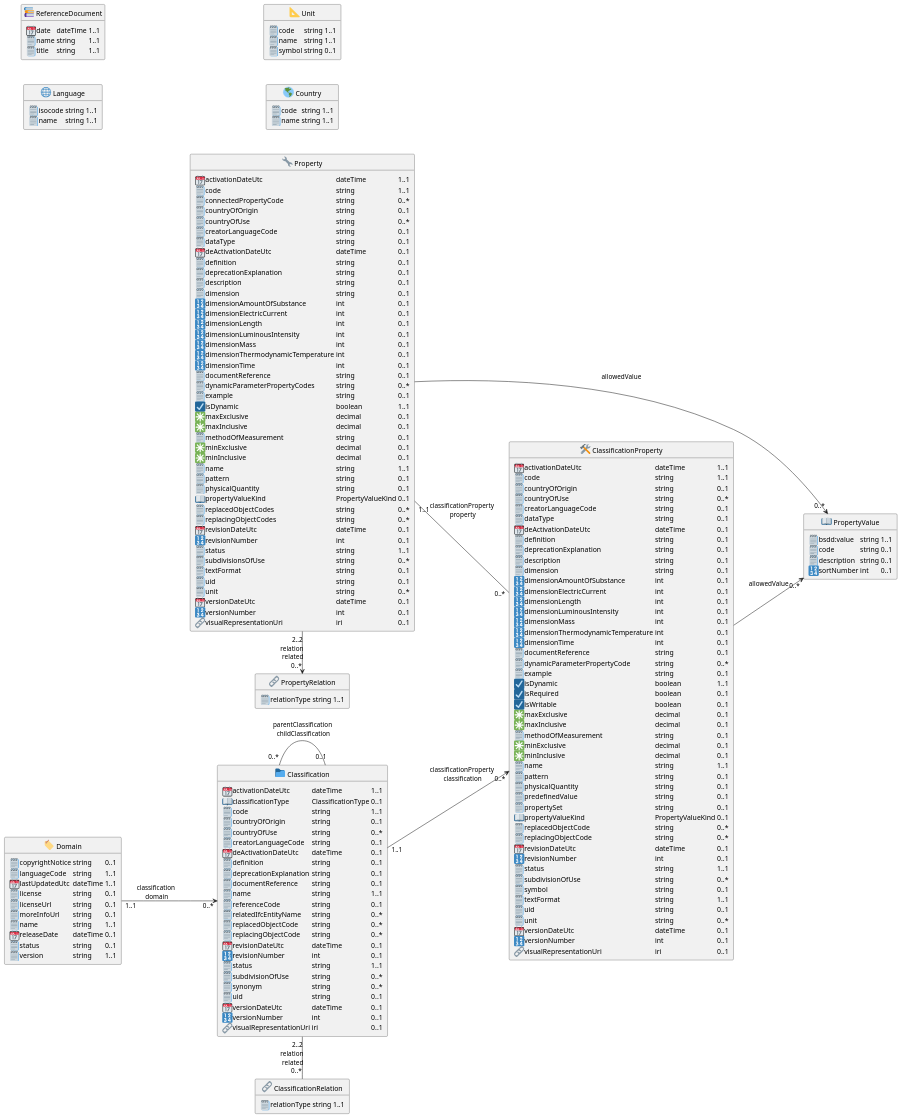
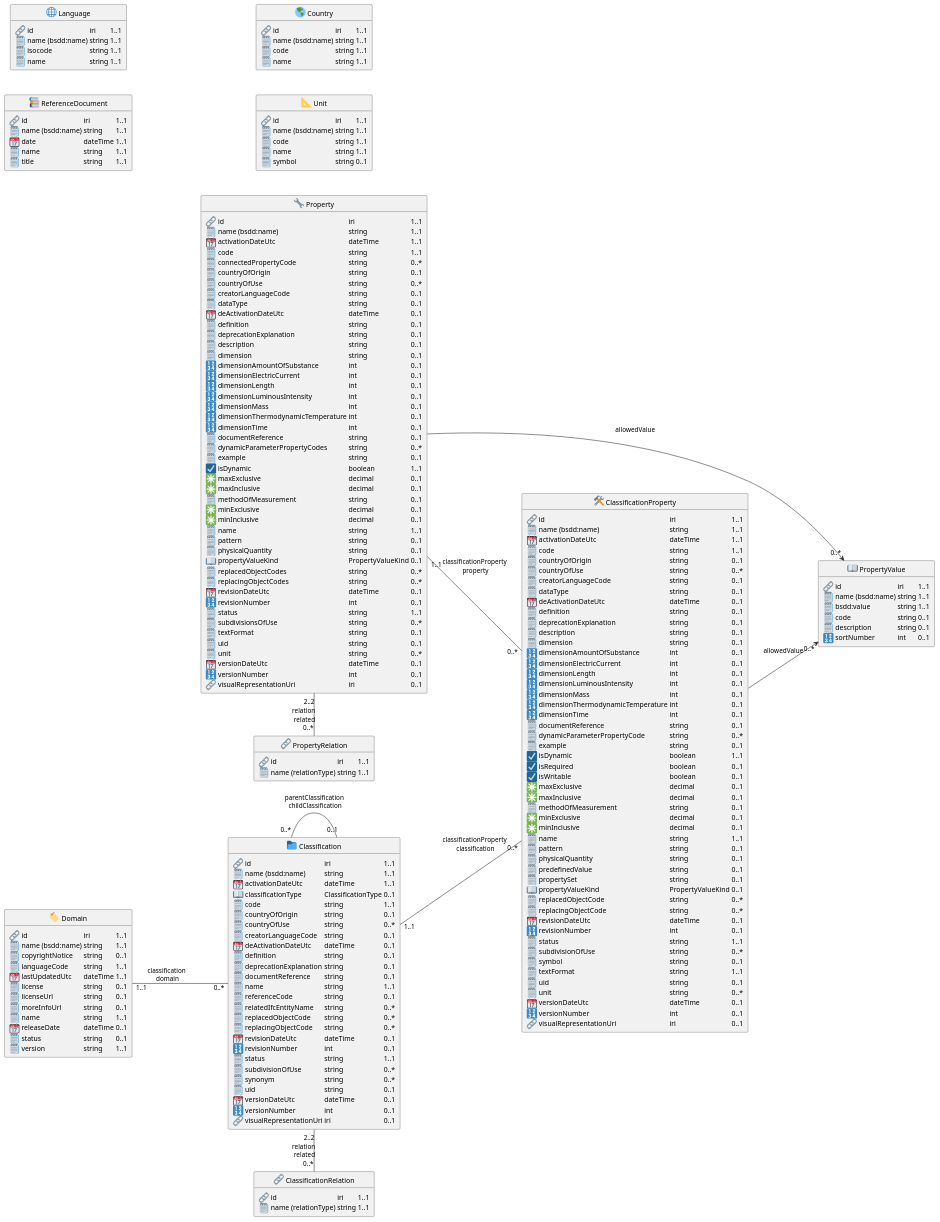
Before and after one commit to VladimirAlexiev/soml: the diagram in soml2puml/img/bsdd-graphql-soml-diagram.puml, drawn with PlantUML. The commit also changed 13 other files, not shown here.

Commit message:
add `iri, name`. trial layouters: smetana, vizjs, elk

```diff
--- a/soml2puml/img/bsdd-graphql-soml-diagram.puml
+++ b/soml2puml/img/bsdd-graphql-soml-diagram.puml
@@ -4,187 +4,207 @@
 left to right direction
 skinparam nodesep 50
 
-class "<:books:> ReferenceDocument" as ReferenceDocument {
-<#transparent,#transparent>|<:calendar:>|date| dateTime| 1..1|
-|<:spiral_notepad:>|name| string| 1..1|
-|<:spiral_notepad:>|title| string| 1..1|
+class "<:globe_with_meridians:> Language" as Language {
+<#transparent,#transparent>|<:link:>| id| iri| 1..1|
+|<:spiral_notepad:>| name (bsdd:name)| string| 1..1|
+|<:spiral_notepad:>| isocode| string| 1..1|
+|<:spiral_notepad:>| name| string| 1..1|
 }
 
-class "<:globe_with_meridians:> Language" as Language {
-<#transparent,#transparent>|<:spiral_notepad:>|isocode| string| 1..1|
-|<:spiral_notepad:>|name| string| 1..1|
+class "<:books:> ReferenceDocument" as ReferenceDocument {
+<#transparent,#transparent>|<:link:>| id| iri| 1..1|
+|<:spiral_notepad:>| name (bsdd:name)| string| 1..1|
+|<:calendar:>| date| dateTime| 1..1|
+|<:spiral_notepad:>| name| string| 1..1|
+|<:spiral_notepad:>| title| string| 1..1|
+}
+
+class "<:earth_americas:> Country" as Country {
+<#transparent,#transparent>|<:link:>| id| iri| 1..1|
+|<:spiral_notepad:>| name (bsdd:name)| string| 1..1|
+|<:spiral_notepad:>| code| string| 1..1|
+|<:spiral_notepad:>| name| string| 1..1|
 }
 
 class "<:triangular_ruler:> Unit" as Unit {
-<#transparent,#transparent>|<:spiral_notepad:>|code| string| 1..1|
-|<:spiral_notepad:>|name| string| 1..1|
-|<:spiral_notepad:>|symbol| string| 0..1|
-}
-
-class "<:earth_americas:> Country" as Country {
-<#transparent,#transparent>|<:spiral_notepad:>|code| string| 1..1|
-|<:spiral_notepad:>|name| string| 1..1|
+<#transparent,#transparent>|<:link:>| id| iri| 1..1|
+|<:spiral_notepad:>| name (bsdd:name)| string| 1..1|
+|<:spiral_notepad:>| code| string| 1..1|
+|<:spiral_notepad:>| name| string| 1..1|
+|<:spiral_notepad:>| symbol| string| 0..1|
 }
 
 class "<:label:> Domain" as Domain {
-<#transparent,#transparent>|<:spiral_notepad:>|copyrightNotice| string| 0..1|
-|<:spiral_notepad:>|languageCode| string| 1..1|
-|<:calendar:>|lastUpdatedUtc| dateTime| 1..1|
-|<:spiral_notepad:>|license| string| 0..1|
-|<:spiral_notepad:>|licenseUrl| string| 0..1|
-|<:spiral_notepad:>|moreInfoUrl| string| 0..1|
-|<:spiral_notepad:>|name| string| 1..1|
-|<:calendar:>|releaseDate| dateTime| 0..1|
-|<:spiral_notepad:>|status| string| 0..1|
-|<:spiral_notepad:>|version| string| 1..1|
+<#transparent,#transparent>|<:link:>| id| iri| 1..1|
+|<:spiral_notepad:>| name (bsdd:name)| string| 1..1|
+|<:spiral_notepad:>| copyrightNotice| string| 0..1|
+|<:spiral_notepad:>| languageCode| string| 1..1|
+|<:calendar:>| lastUpdatedUtc| dateTime| 1..1|
+|<:spiral_notepad:>| license| string| 0..1|
+|<:spiral_notepad:>| licenseUrl| string| 0..1|
+|<:spiral_notepad:>| moreInfoUrl| string| 0..1|
+|<:spiral_notepad:>| name| string| 1..1|
+|<:calendar:>| releaseDate| dateTime| 0..1|
+|<:spiral_notepad:>| status| string| 0..1|
+|<:spiral_notepad:>| version| string| 1..1|
+}
+
+class "<:wrench:> Property" as Property {
+<#transparent,#transparent>|<:link:>| id| iri| 1..1|
+|<:spiral_notepad:>| name (bsdd:name)| string| 1..1|
+|<:calendar:>| activationDateUtc| dateTime| 1..1|
+|<:spiral_notepad:>| code| string| 1..1|
+|<:spiral_notepad:>| connectedPropertyCode| string| 0..*|
+|<:spiral_notepad:>| countryOfOrigin| string| 0..1|
+|<:spiral_notepad:>| countryOfUse| string| 0..*|
+|<:spiral_notepad:>| creatorLanguageCode| string| 0..1|
+|<:spiral_notepad:>| dataType| string| 0..1|
+|<:calendar:>| deActivationDateUtc| dateTime| 0..1|
+|<:spiral_notepad:>| definition| string| 0..1|
+|<:spiral_notepad:>| deprecationExplanation| string| 0..1|
+|<:spiral_notepad:>| description| string| 0..1|
+|<:spiral_notepad:>| dimension| string| 0..1|
+|<:1234:>| dimensionAmountOfSubstance| int| 0..1|
+|<:1234:>| dimensionElectricCurrent| int| 0..1|
+|<:1234:>| dimensionLength| int| 0..1|
+|<:1234:>| dimensionLuminousIntensity| int| 0..1|
+|<:1234:>| dimensionMass| int| 0..1|
+|<:1234:>| dimensionThermodynamicTemperature| int| 0..1|
+|<:1234:>| dimensionTime| int| 0..1|
+|<:spiral_notepad:>| documentReference| string| 0..1|
+|<:spiral_notepad:>| dynamicParameterPropertyCodes| string| 0..*|
+|<:spiral_notepad:>| example| string| 0..1|
+|<:ballot_box_with_check:>| isDynamic| boolean| 1..1|
+|<:eight_spoked_asterisk:>| maxExclusive| decimal| 0..1|
+|<:eight_spoked_asterisk:>| maxInclusive| decimal| 0..1|
+|<:spiral_notepad:>| methodOfMeasurement| string| 0..1|
+|<:eight_spoked_asterisk:>| minExclusive| decimal| 0..1|
+|<:eight_spoked_asterisk:>| minInclusive| decimal| 0..1|
+|<:spiral_notepad:>| name| string| 1..1|
+|<:spiral_notepad:>| pattern| string| 0..1|
+|<:spiral_notepad:>| physicalQuantity| string| 0..1|
+|<:book:>| propertyValueKind| PropertyValueKind| 0..1|
+|<:spiral_notepad:>| replacedObjectCodes| string| 0..*|
+|<:spiral_notepad:>| replacingObjectCodes| string| 0..*|
+|<:calendar:>| revisionDateUtc| dateTime| 0..1|
+|<:1234:>| revisionNumber| int| 0..1|
+|<:spiral_notepad:>| status| string| 1..1|
+|<:spiral_notepad:>| subdivisionsOfUse| string| 0..*|
+|<:spiral_notepad:>| textFormat| string| 0..1|
+|<:spiral_notepad:>| uid| string| 0..1|
+|<:spiral_notepad:>| unit| string| 0..*|
+|<:calendar:>| versionDateUtc| dateTime| 0..1|
+|<:1234:>| versionNumber| int| 0..1|
+|<:link:>| visualRepresentationUri| iri| 0..1|
 }
 
 class "<:file_folder:> Classification" as Classification {
-<#transparent,#transparent>|<:calendar:>|activationDateUtc| dateTime| 1..1|
-|<:book:>|classificationType| ClassificationType| 0..1|
-|<:spiral_notepad:>|code| string| 1..1|
-|<:spiral_notepad:>|countryOfOrigin| string| 0..1|
-|<:spiral_notepad:>|countryOfUse| string| 0..*|
-|<:spiral_notepad:>|creatorLanguageCode| string| 0..1|
-|<:calendar:>|deActivationDateUtc| dateTime| 0..1|
-|<:spiral_notepad:>|definition| string| 0..1|
-|<:spiral_notepad:>|deprecationExplanation| string| 0..1|
-|<:spiral_notepad:>|documentReference| string| 0..1|
-|<:spiral_notepad:>|name| string| 1..1|
-|<:spiral_notepad:>|referenceCode| string| 0..1|
-|<:spiral_notepad:>|relatedIfcEntityName| string| 0..*|
-|<:spiral_notepad:>|replacedObjectCode| string| 0..*|
-|<:spiral_notepad:>|replacingObjectCode| string| 0..*|
-|<:calendar:>|revisionDateUtc| dateTime| 0..1|
-|<:1234:>|revisionNumber| int| 0..1|
-|<:spiral_notepad:>|status| string| 1..1|
-|<:spiral_notepad:>|subdivisionOfUse| string| 0..*|
-|<:spiral_notepad:>|synonym| string| 0..*|
-|<:spiral_notepad:>|uid| string| 0..1|
-|<:calendar:>|versionDateUtc| dateTime| 0..1|
-|<:1234:>|versionNumber| int| 0..1|
-|<:link:>|visualRepresentationUri| iri| 0..1|
-}
-
-class "<:wrench:> Property" as Property {
-<#transparent,#transparent>|<:calendar:>|activationDateUtc| dateTime| 1..1|
-|<:spiral_notepad:>|code| string| 1..1|
-|<:spiral_notepad:>|connectedPropertyCode| string| 0..*|
-|<:spiral_notepad:>|countryOfOrigin| string| 0..1|
-|<:spiral_notepad:>|countryOfUse| string| 0..*|
-|<:spiral_notepad:>|creatorLanguageCode| string| 0..1|
-|<:spiral_notepad:>|dataType| string| 0..1|
-|<:calendar:>|deActivationDateUtc| dateTime| 0..1|
-|<:spiral_notepad:>|definition| string| 0..1|
-|<:spiral_notepad:>|deprecationExplanation| string| 0..1|
-|<:spiral_notepad:>|description| string| 0..1|
-|<:spiral_notepad:>|dimension| string| 0..1|
-|<:1234:>|dimensionAmountOfSubstance| int| 0..1|
-|<:1234:>|dimensionElectricCurrent| int| 0..1|
-|<:1234:>|dimensionLength| int| 0..1|
-|<:1234:>|dimensionLuminousIntensity| int| 0..1|
-|<:1234:>|dimensionMass| int| 0..1|
-|<:1234:>|dimensionThermodynamicTemperature| int| 0..1|
-|<:1234:>|dimensionTime| int| 0..1|
-|<:spiral_notepad:>|documentReference| string| 0..1|
-|<:spiral_notepad:>|dynamicParameterPropertyCodes| string| 0..*|
-|<:spiral_notepad:>|example| string| 0..1|
-|<:ballot_box_with_check:>|isDynamic| boolean| 1..1|
-|<:eight_spoked_asterisk:>|maxExclusive| decimal| 0..1|
-|<:eight_spoked_asterisk:>|maxInclusive| decimal| 0..1|
-|<:spiral_notepad:>|methodOfMeasurement| string| 0..1|
-|<:eight_spoked_asterisk:>|minExclusive| decimal| 0..1|
-|<:eight_spoked_asterisk:>|minInclusive| decimal| 0..1|
-|<:spiral_notepad:>|name| string| 1..1|
-|<:spiral_notepad:>|pattern| string| 0..1|
-|<:spiral_notepad:>|physicalQuantity| string| 0..1|
-|<:book:>|propertyValueKind| PropertyValueKind| 0..1|
-|<:spiral_notepad:>|replacedObjectCodes| string| 0..*|
-|<:spiral_notepad:>|replacingObjectCodes| string| 0..*|
-|<:calendar:>|revisionDateUtc| dateTime| 0..1|
-|<:1234:>|revisionNumber| int| 0..1|
-|<:spiral_notepad:>|status| string| 1..1|
-|<:spiral_notepad:>|subdivisionsOfUse| string| 0..*|
-|<:spiral_notepad:>|textFormat| string| 0..1|
-|<:spiral_notepad:>|uid| string| 0..1|
-|<:spiral_notepad:>|unit| string| 0..*|
-|<:calendar:>|versionDateUtc| dateTime| 0..1|
-|<:1234:>|versionNumber| int| 0..1|
-|<:link:>|visualRepresentationUri| iri| 0..1|
+<#transparent,#transparent>|<:link:>| id| iri| 1..1|
+|<:spiral_notepad:>| name (bsdd:name)| string| 1..1|
+|<:calendar:>| activationDateUtc| dateTime| 1..1|
+|<:book:>| classificationType| ClassificationType| 0..1|
+|<:spiral_notepad:>| code| string| 1..1|
+|<:spiral_notepad:>| countryOfOrigin| string| 0..1|
+|<:spiral_notepad:>| countryOfUse| string| 0..*|
+|<:spiral_notepad:>| creatorLanguageCode| string| 0..1|
+|<:calendar:>| deActivationDateUtc| dateTime| 0..1|
+|<:spiral_notepad:>| definition| string| 0..1|
+|<:spiral_notepad:>| deprecationExplanation| string| 0..1|
+|<:spiral_notepad:>| documentReference| string| 0..1|
+|<:spiral_notepad:>| name| string| 1..1|
+|<:spiral_notepad:>| referenceCode| string| 0..1|
+|<:spiral_notepad:>| relatedIfcEntityName| string| 0..*|
+|<:spiral_notepad:>| replacedObjectCode| string| 0..*|
+|<:spiral_notepad:>| replacingObjectCode| string| 0..*|
+|<:calendar:>| revisionDateUtc| dateTime| 0..1|
+|<:1234:>| revisionNumber| int| 0..1|
+|<:spiral_notepad:>| status| string| 1..1|
+|<:spiral_notepad:>| subdivisionOfUse| string| 0..*|
+|<:spiral_notepad:>| synonym| string| 0..*|
+|<:spiral_notepad:>| uid| string| 0..1|
+|<:calendar:>| versionDateUtc| dateTime| 0..1|
+|<:1234:>| versionNumber| int| 0..1|
+|<:link:>| visualRepresentationUri| iri| 0..1|
 }
 
 class "<:link:> PropertyRelation" as PropertyRelation {
-<#transparent,#transparent>|<:spiral_notepad:>|relationType| string| 1..1|
+<#transparent,#transparent>|<:link:>| id| iri| 1..1|
+|<:spiral_notepad:>| name (relationType)| string| 1..1|
 }
 
 class "<:link:> ClassificationRelation" as ClassificationRelation {
-<#transparent,#transparent>|<:spiral_notepad:>|relationType| string| 1..1|
+<#transparent,#transparent>|<:link:>| id| iri| 1..1|
+|<:spiral_notepad:>| name (relationType)| string| 1..1|
 }
 
 class "<:hammer_and_wrench:> ClassificationProperty" as ClassificationProperty {
-<#transparent,#transparent>|<:calendar:>|activationDateUtc| dateTime| 1..1|
-|<:spiral_notepad:>|code| string| 1..1|
-|<:spiral_notepad:>|countryOfOrigin| string| 0..1|
-|<:spiral_notepad:>|countryOfUse| string| 0..*|
-|<:spiral_notepad:>|creatorLanguageCode| string| 0..1|
-|<:spiral_notepad:>|dataType| string| 0..1|
-|<:calendar:>|deActivationDateUtc| dateTime| 0..1|
-|<:spiral_notepad:>|definition| string| 0..1|
-|<:spiral_notepad:>|deprecationExplanation| string| 0..1|
-|<:spiral_notepad:>|description| string| 0..1|
-|<:spiral_notepad:>|dimension| string| 0..1|
-|<:1234:>|dimensionAmountOfSubstance| int| 0..1|
-|<:1234:>|dimensionElectricCurrent| int| 0..1|
-|<:1234:>|dimensionLength| int| 0..1|
-|<:1234:>|dimensionLuminousIntensity| int| 0..1|
-|<:1234:>|dimensionMass| int| 0..1|
-|<:1234:>|dimensionThermodynamicTemperature| int| 0..1|
-|<:1234:>|dimensionTime| int| 0..1|
-|<:spiral_notepad:>|documentReference| string| 0..1|
-|<:spiral_notepad:>|dynamicParameterPropertyCode| string| 0..*|
-|<:spiral_notepad:>|example| string| 0..1|
-|<:ballot_box_with_check:>|isDynamic| boolean| 1..1|
-|<:ballot_box_with_check:>|isRequired| boolean| 0..1|
-|<:ballot_box_with_check:>|isWritable| boolean| 0..1|
-|<:eight_spoked_asterisk:>|maxExclusive| decimal| 0..1|
-|<:eight_spoked_asterisk:>|maxInclusive| decimal| 0..1|
-|<:spiral_notepad:>|methodOfMeasurement| string| 0..1|
-|<:eight_spoked_asterisk:>|minExclusive| decimal| 0..1|
-|<:eight_spoked_asterisk:>|minInclusive| decimal| 0..1|
-|<:spiral_notepad:>|name| string| 1..1|
-|<:spiral_notepad:>|pattern| string| 0..1|
-|<:spiral_notepad:>|physicalQuantity| string| 0..1|
-|<:spiral_notepad:>|predefinedValue| string| 0..1|
-|<:spiral_notepad:>|propertySet| string| 0..1|
-|<:book:>|propertyValueKind| PropertyValueKind| 0..1|
-|<:spiral_notepad:>|replacedObjectCode| string| 0..*|
-|<:spiral_notepad:>|replacingObjectCode| string| 0..*|
-|<:calendar:>|revisionDateUtc| dateTime| 0..1|
-|<:1234:>|revisionNumber| int| 0..1|
-|<:spiral_notepad:>|status| string| 1..1|
-|<:spiral_notepad:>|subdivisionOfUse| string| 0..*|
-|<:spiral_notepad:>|symbol| string| 0..1|
-|<:spiral_notepad:>|textFormat| string| 1..1|
-|<:spiral_notepad:>|uid| string| 0..1|
-|<:spiral_notepad:>|unit| string| 0..*|
-|<:calendar:>|versionDateUtc| dateTime| 0..1|
-|<:1234:>|versionNumber| int| 0..1|
-|<:link:>|visualRepresentationUri| iri| 0..1|
+<#transparent,#transparent>|<:link:>| id| iri| 1..1|
+|<:spiral_notepad:>| name (bsdd:name)| string| 1..1|
+|<:calendar:>| activationDateUtc| dateTime| 1..1|
+|<:spiral_notepad:>| code| string| 1..1|
+|<:spiral_notepad:>| countryOfOrigin| string| 0..1|
+|<:spiral_notepad:>| countryOfUse| string| 0..*|
+|<:spiral_notepad:>| creatorLanguageCode| string| 0..1|
+|<:spiral_notepad:>| dataType| string| 0..1|
+|<:calendar:>| deActivationDateUtc| dateTime| 0..1|
+|<:spiral_notepad:>| definition| string| 0..1|
+|<:spiral_notepad:>| deprecationExplanation| string| 0..1|
+|<:spiral_notepad:>| description| string| 0..1|
+|<:spiral_notepad:>| dimension| string| 0..1|
+|<:1234:>| dimensionAmountOfSubstance| int| 0..1|
+|<:1234:>| dimensionElectricCurrent| int| 0..1|
+|<:1234:>| dimensionLength| int| 0..1|
+|<:1234:>| dimensionLuminousIntensity| int| 0..1|
+|<:1234:>| dimensionMass| int| 0..1|
+|<:1234:>| dimensionThermodynamicTemperature| int| 0..1|
+|<:1234:>| dimensionTime| int| 0..1|
+|<:spiral_notepad:>| documentReference| string| 0..1|
+|<:spiral_notepad:>| dynamicParameterPropertyCode| string| 0..*|
+|<:spiral_notepad:>| example| string| 0..1|
+|<:ballot_box_with_check:>| isDynamic| boolean| 1..1|
+|<:ballot_box_with_check:>| isRequired| boolean| 0..1|
+|<:ballot_box_with_check:>| isWritable| boolean| 0..1|
+|<:eight_spoked_asterisk:>| maxExclusive| decimal| 0..1|
+|<:eight_spoked_asterisk:>| maxInclusive| decimal| 0..1|
+|<:spiral_notepad:>| methodOfMeasurement| string| 0..1|
+|<:eight_spoked_asterisk:>| minExclusive| decimal| 0..1|
+|<:eight_spoked_asterisk:>| minInclusive| decimal| 0..1|
+|<:spiral_notepad:>| name| string| 1..1|
+|<:spiral_notepad:>| pattern| string| 0..1|
+|<:spiral_notepad:>| physicalQuantity| string| 0..1|
+|<:spiral_notepad:>| predefinedValue| string| 0..1|
+|<:spiral_notepad:>| propertySet| string| 0..1|
+|<:book:>| propertyValueKind| PropertyValueKind| 0..1|
+|<:spiral_notepad:>| replacedObjectCode| string| 0..*|
+|<:spiral_notepad:>| replacingObjectCode| string| 0..*|
+|<:calendar:>| revisionDateUtc| dateTime| 0..1|
+|<:1234:>| revisionNumber| int| 0..1|
+|<:spiral_notepad:>| status| string| 1..1|
+|<:spiral_notepad:>| subdivisionOfUse| string| 0..*|
+|<:spiral_notepad:>| symbol| string| 0..1|
+|<:spiral_notepad:>| textFormat| string| 1..1|
+|<:spiral_notepad:>| uid| string| 0..1|
+|<:spiral_notepad:>| unit| string| 0..*|
+|<:calendar:>| versionDateUtc| dateTime| 0..1|
+|<:1234:>| versionNumber| int| 0..1|
+|<:link:>| visualRepresentationUri| iri| 0..1|
 }
 
 class "<:book:> PropertyValue" as PropertyValue {
-<#transparent,#transparent>|<:spiral_notepad:>|bsdd:value| string| 1..1|
-|<:spiral_notepad:>|code| string| 0..1|
-|<:spiral_notepad:>|description| string| 0..1|
-|<:1234:>|sortNumber| int| 0..1|
+<#transparent,#transparent>|<:link:>| id| iri| 1..1|
+|<:spiral_notepad:>| name (bsdd:name)| string| 1..1|
+|<:spiral_notepad:>| bsdd:value| string| 1..1|
+|<:spiral_notepad:>| code| string| 0..1|
+|<:spiral_notepad:>| description| string| 0..1|
+|<:1234:>| sortNumber| int| 0..1|
 }
 
-Domain                     "1..1" -d-> "0..*" Classification             : classification\n domain
-Classification             "1..1" -d-> "0..*" ClassificationProperty     : classificationProperty\n classification
+Domain                     "1..1" -d-  "0..*" Classification             : classification\n domain
+Classification             "2..2" -r-  "0..*" ClassificationRelation     : relation\n related
 Classification             "0..*" -d-  "0..1" Classification             : parentClassification\n childClassification
-Classification             "2..2" -r-  "0..*" ClassificationRelation     : relation\n related
-Property                   "2..2" -r-> "0..*" PropertyRelation           : relation\n related
+Classification             "1..1" -d-  "0..*" ClassificationProperty     : classificationProperty\n classification
 Property                   "1..1" -d-  "0..*" ClassificationProperty     : classificationProperty\n property
 Property                          -d-> "0..*" PropertyValue              : allowedValue
+Property                   "2..2" -r-  "0..*" PropertyRelation           : relation\n related
 ClassificationProperty            -d-> "0..*" PropertyValue              : allowedValue
 @enduml
```
